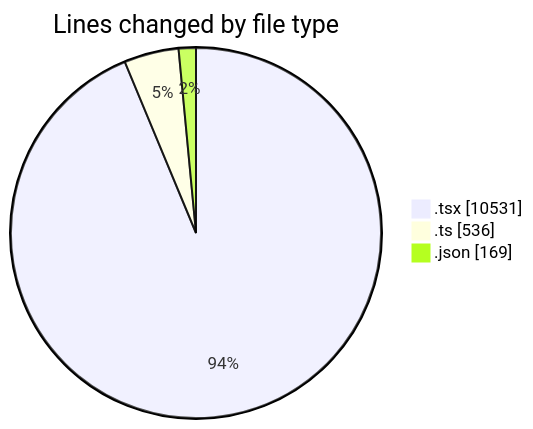
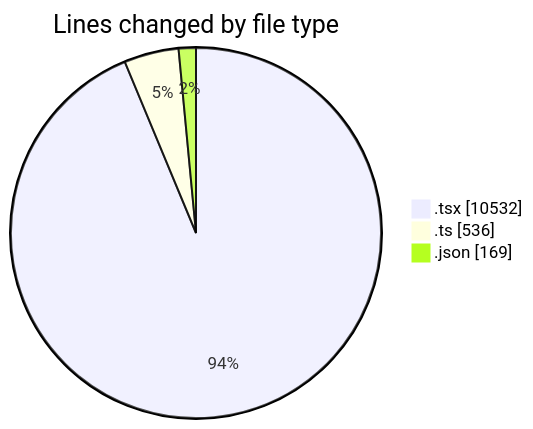
One commit to robertbonfada/code-tracking changed the first of 2 diagrams in 2025-02-18/mbc-web/README.md. Above: the diagram before and after it, drawn with Mermaid. The commit also changed other lines of this file and 1 other file, not shown here.

````diff
--- a/2025-02-18/mbc-web/README.md
+++ b/2025-02-18/mbc-web/README.md
@@ -135,7 +136,7 @@
 ```mermaid
 pie showData
 title Lines changed by file type
-".tsx" : 10531
+".tsx" : 10532
 ".ts" : 536
 ".json" : 169
 ```
````
